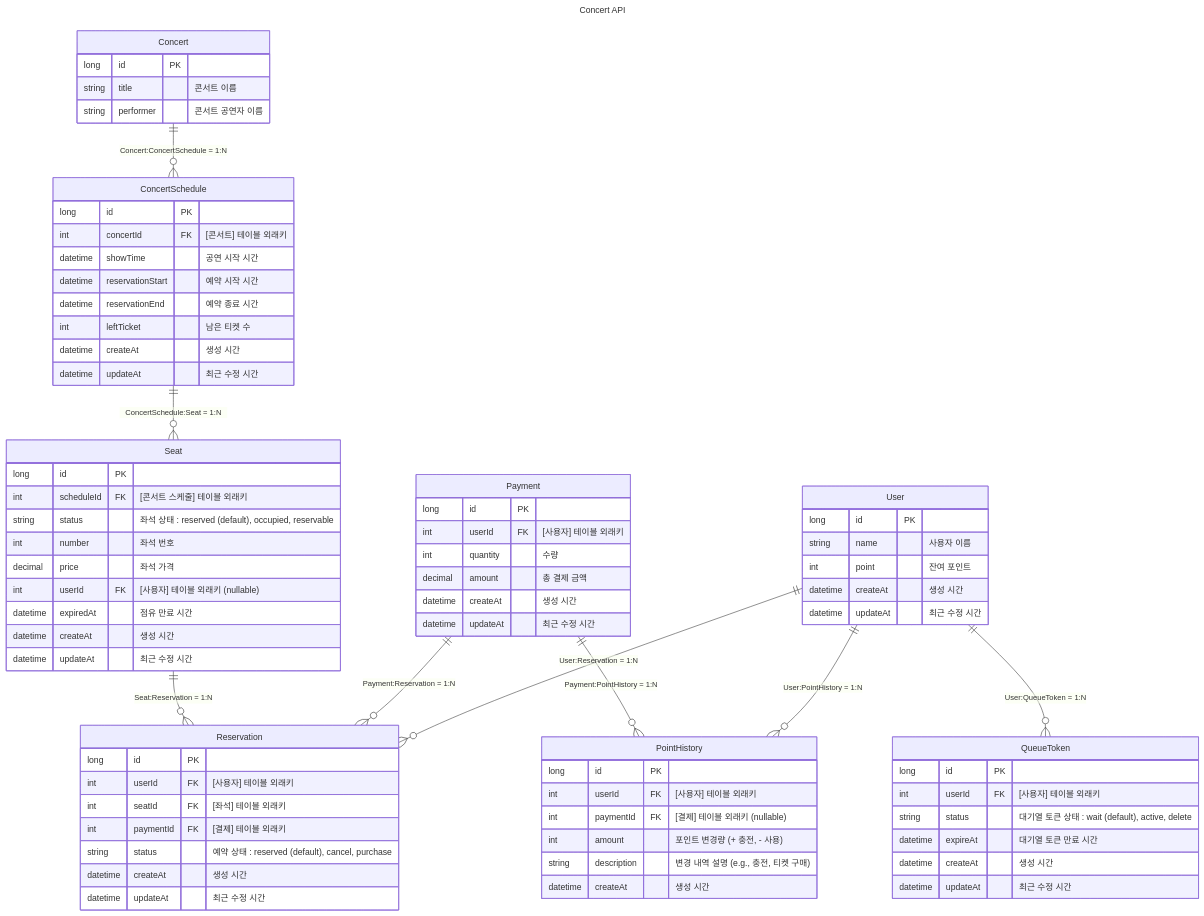
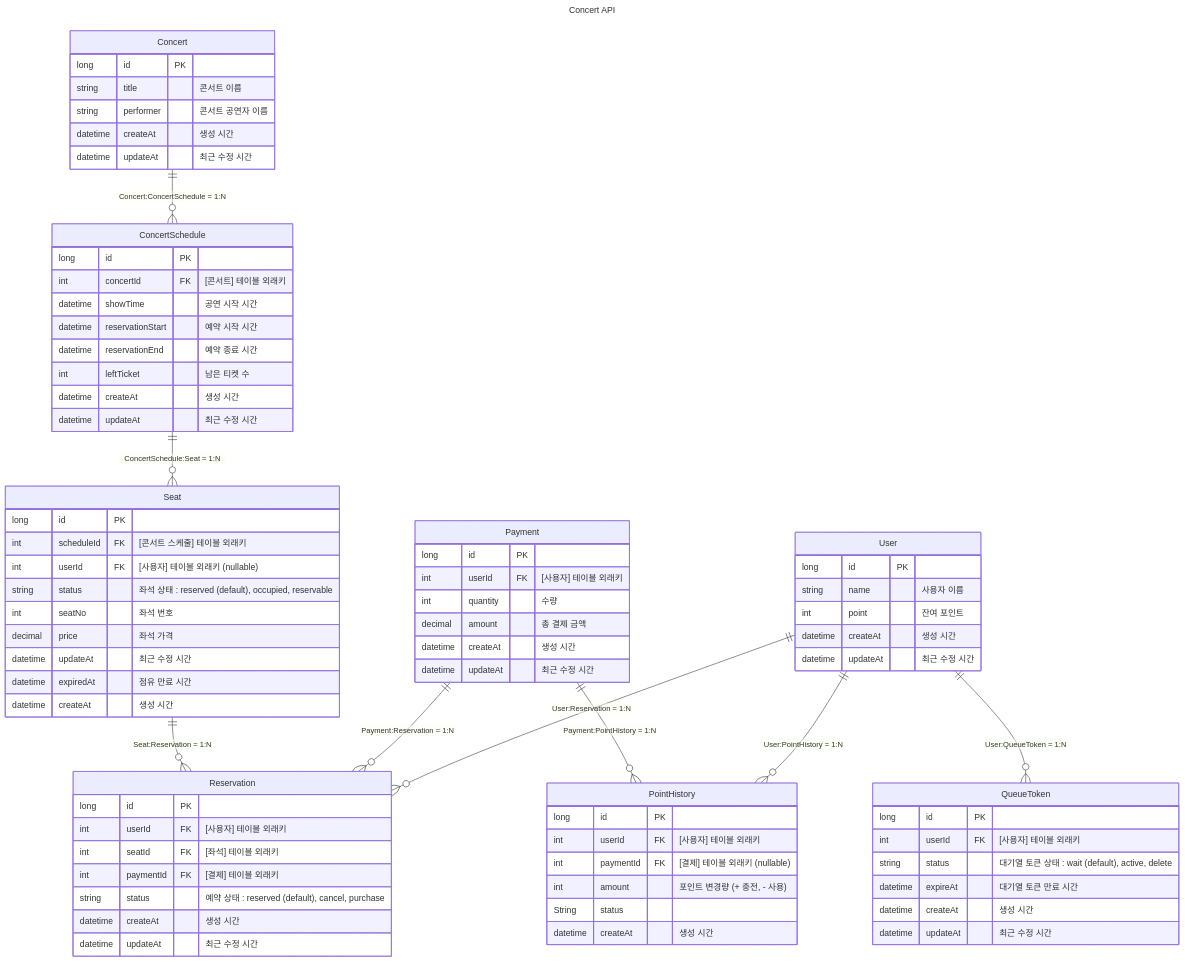
One commit to GustavEiffels/hhplus_server_build changed the diagram in docs/erd/ERDiagram.md. Above: the diagram before and after it, drawn with Mermaid. The commit also changed 15 other files, not shown here.

Commit message:
[feat&docs] ERD : Column Name Change & CREATE Entity Class

```diff
--- a/docs/erd/ERDiagram.md
+++ b/docs/erd/ERDiagram.md
@@ -7,14 +7,19 @@
 
     Seat {
         long id PK
+
+
         int scheduleId    FK    "[콘서트 스케줄] 테이블 외래키" 
-        string status           "좌석 상태 : reserved (default), occupied, reservable"
-        int number              "좌석 번호"
-        decimal price           "좌석 가격"
-        int userId FK           "[사용자] 테이블 외래키 (nullable)" 
+        int userId        FK    "[사용자] 테이블 외래키 (nullable)" 
+
+        string   status           "좌석 상태 : reserved (default), occupied, reservable"
+        int      seatNo              "좌석 번호"
+        decimal  price           "좌석 가격"
+        datetime updateAt       "최근 수정 시간"
+        
         datetime expiredAt      "점유 만료 시간"
         datetime createAt       "생성 시간"
-        datetime updateAt       "최근 수정 시간"
+        
     }
 
     Reservation {
@@ -22,7 +27,9 @@
         int userId FK           "[사용자] 테이블 외래키"           
         int seatId FK           "[좌석] 테이블 외래키"
         int paymentId FK        "[결제] 테이블 외래키"
+
         string status           "예약 상태 : reserved (default), cancel, purchase"
+
         datetime createAt       "생성 시간"
         datetime updateAt       "최근 수정 시간"
     }
@@ -50,7 +57,7 @@
         int userId FK       "[사용자] 테이블 외래키"
         int paymentId FK    "[결제] 테이블 외래키 (nullable)"
         int amount          "포인트 변경량 (+ 충전, - 사용)"
-        string description  "변경 내역 설명 (e.g., 충전, 티켓 구매)"
+        String status
         datetime createAt   "생성 시간"
     }
 
@@ -58,6 +65,9 @@
         long id PK   
         string title        "콘서트 이름"
         string performer    "콘서트 공연자 이름"
+        datetime createAt   "생성 시간"
+        datetime updateAt   "최근 수정 시간"
+
     }
 
     ConcertSchedule {
```
